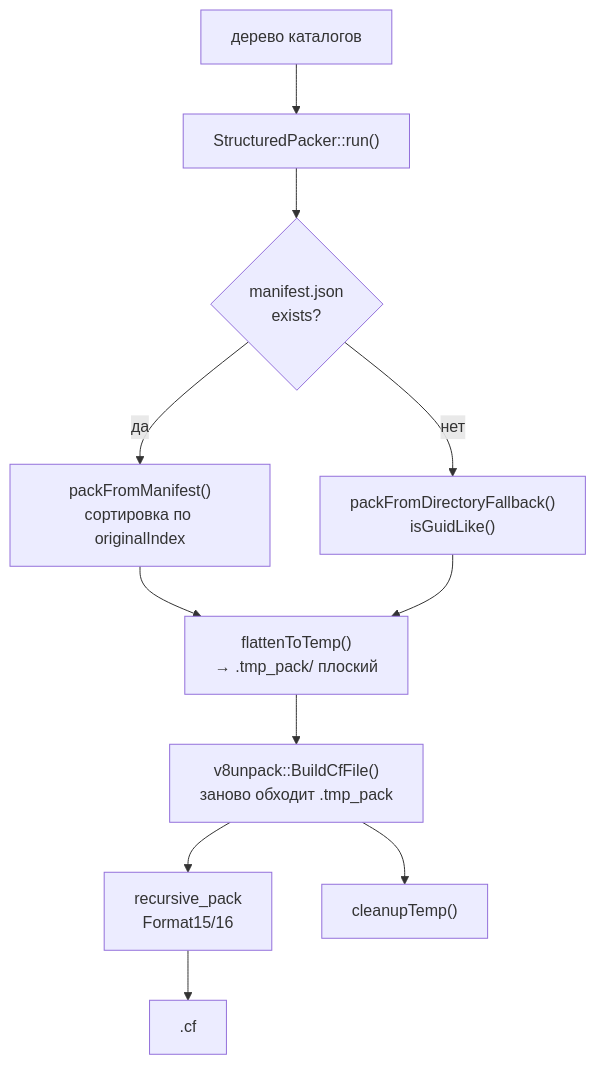
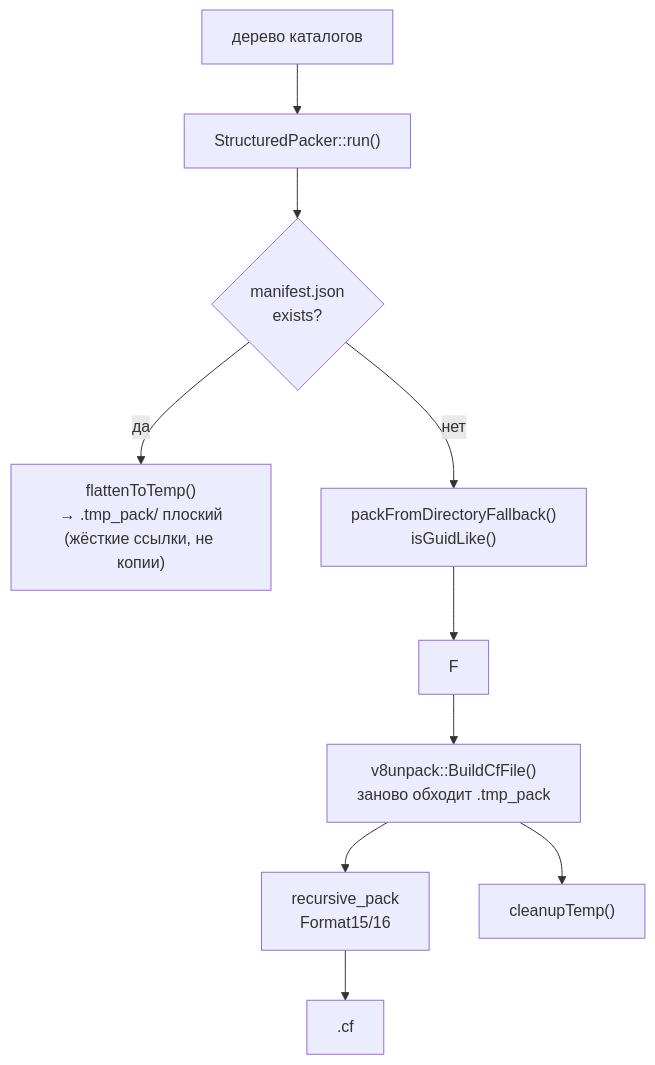
The seventh of 7 diagrams in docs/ARCHITECTURE.md (e8tools/e8unpack), drawn with Mermaid before and after one commit. The commit also changed other lines of this file and 4 other files, not shown here.

First line of the commit message:
Сборка: уровень сжатия опцией --level и ссылки вместо копий в .tmp_pack

````diff
--- a/docs/ARCHITECTURE.md
+++ b/docs/ARCHITECTURE.md
@@ -509,13 +509,13 @@
 ```mermaid
 flowchart TD
     A["дерево каталогов"] --> B["StructuredPacker::run()"]
     B --> C{"manifest.json<br/>exists?"}
     C -->|да| D["packFromManifest()<br/>сортировка по originalIndex"]
     C -->|нет| E["packFromDirectoryFallback()<br/>isGuidLike()"]
-    D --> F["flattenToTemp()<br/>→ .tmp_pack/ плоский"]
+    D["flattenToTemp()<br/>→ .tmp_pack/ плоский<br/>(жёсткие ссылки, не копии)"]
     E --> F
     F --> G["v8unpack::BuildCfFile()<br/>заново обходит .tmp_pack"]
     G --> H["recursive_pack<br/>Format15/16"]
     H --> I[".cf"]
     G --> J["cleanupTemp()"]
 ```
````
